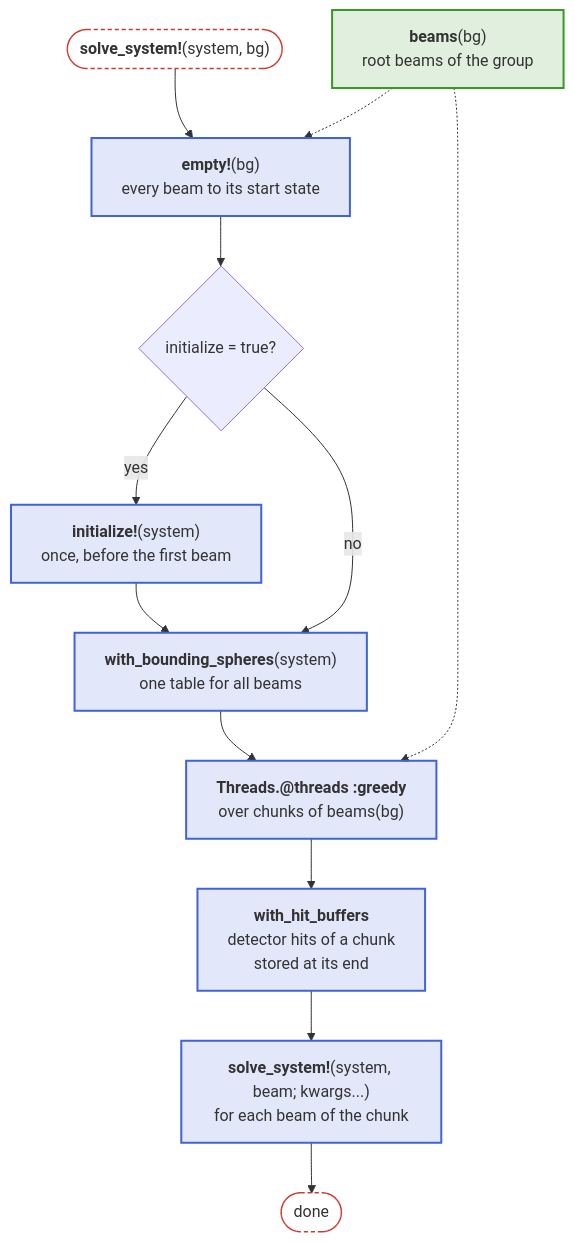
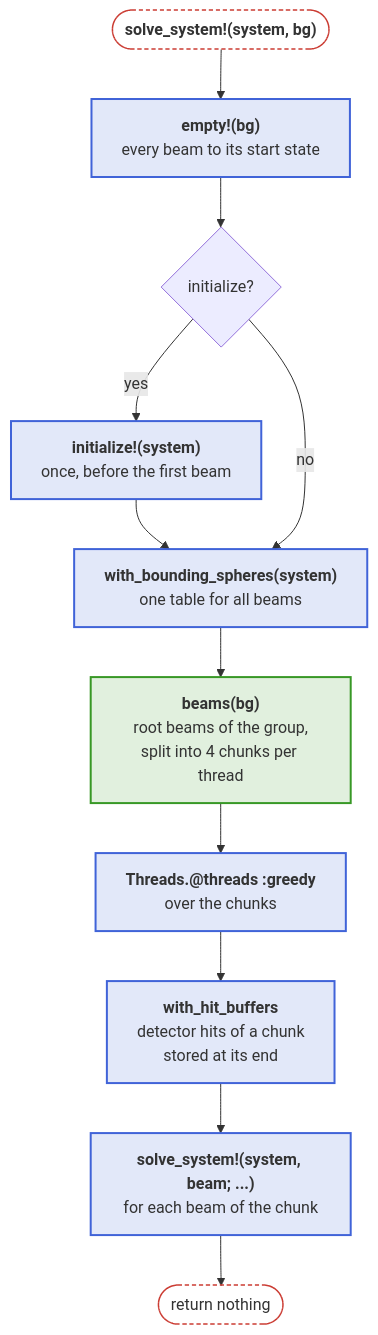
Before and after one commit to JuliaPhysics/BeamletOptics.jl: the fourth of 4 diagrams in docs/src/api/beams.md, drawn with Mermaid. The commit also changed other lines of this file and 8 other files, not shown here.

First line of the commit message:
Docs: diagrams narrow and colored by group, rules in "Readable diagrams"

````diff
--- a/docs/src/api/beams.md
+++ b/docs/src/api/beams.md
@@ -138,28 +126,26 @@
 ```mermaid
 flowchart TB
-    S(["<b>solve_system!</b>(system, bg)"])
-    BG["<b>beams</b>(bg)<br/>root beams of the group"]
-    EM["<b>empty!</b>(bg)<br/>every beam to its start state"]
-    INI{"initialize = true?"}
-    IN["<b>initialize!</b>(system)<br/>once, before the first beam"]
-    BS["<b>with_bounding_spheres</b>(system)<br/>one table for all beams"]
-    CH["<b>Threads.@threads :greedy</b><br/>over chunks of beams(bg)"]
+    S(["<b>solve_system!(system, bg)</b>"])
+    EM["<b>empty!(bg)</b><br/>every beam to its start state"]
+    INI{"initialize?"}
+    IN["<b>initialize!(system)</b><br/>once, before the first beam"]
+    BS["<b>with_bounding_spheres(system)</b><br/>one table for all beams"]
+    BG["<b>beams(bg)</b><br/>root beams of the group,<br/>split into 4 chunks per thread"]
+    CH["<b>Threads.@threads :greedy</b><br/>over the chunks"]
     HB["<b>with_hit_buffers</b><br/>detector hits of a chunk<br/>stored at its end"]
-    SB["<b>solve_system!</b>(system, beam; kwargs...)<br/>for each beam of the chunk"]
-    E([done])
+    SB["<b>solve_system!(system, beam; ...)</b><br/>for each beam of the chunk"]
+    E(["return nothing"])
 
     S --> EM --> INI
     INI -- yes --> IN --> BS
     INI -- no --> BS
-    BS --> CH --> HB --> SB --> E
-    BG -.-> EM
-    BG -.-> CH
+    BS --> BG --> CH --> HB --> SB --> E
 
     classDef blue fill:#4063D826,stroke:#4063D8,stroke-width:2px
     classDef green fill:#38982626,stroke:#389826,stroke-width:2px
     classDef purple fill:#9558B226,stroke:#9558B2,stroke-width:2px
     classDef terminal fill:transparent,stroke:#CB3C33,stroke-width:1.5px,stroke-dasharray:4 3
     class EM,IN,BS,CH,HB,SB blue
     class BG green
     class S,E terminal
 ```
````
